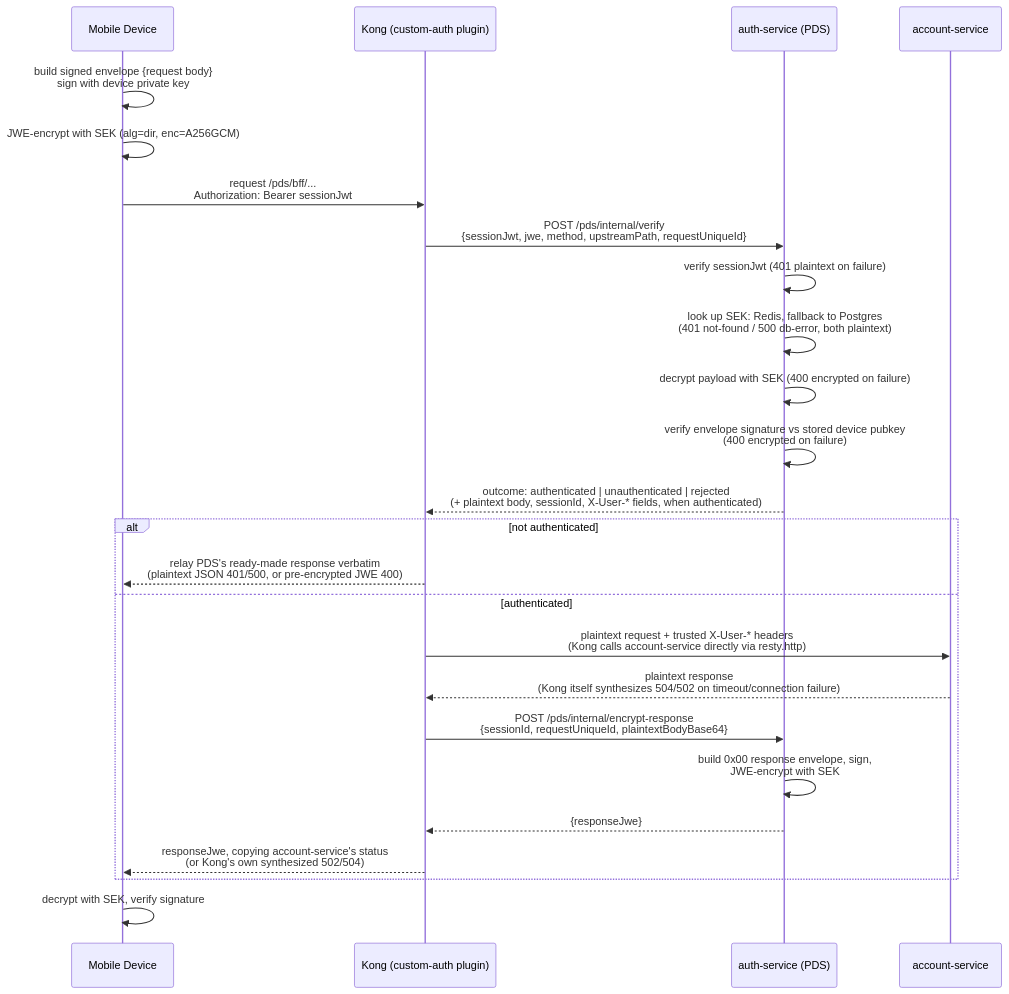
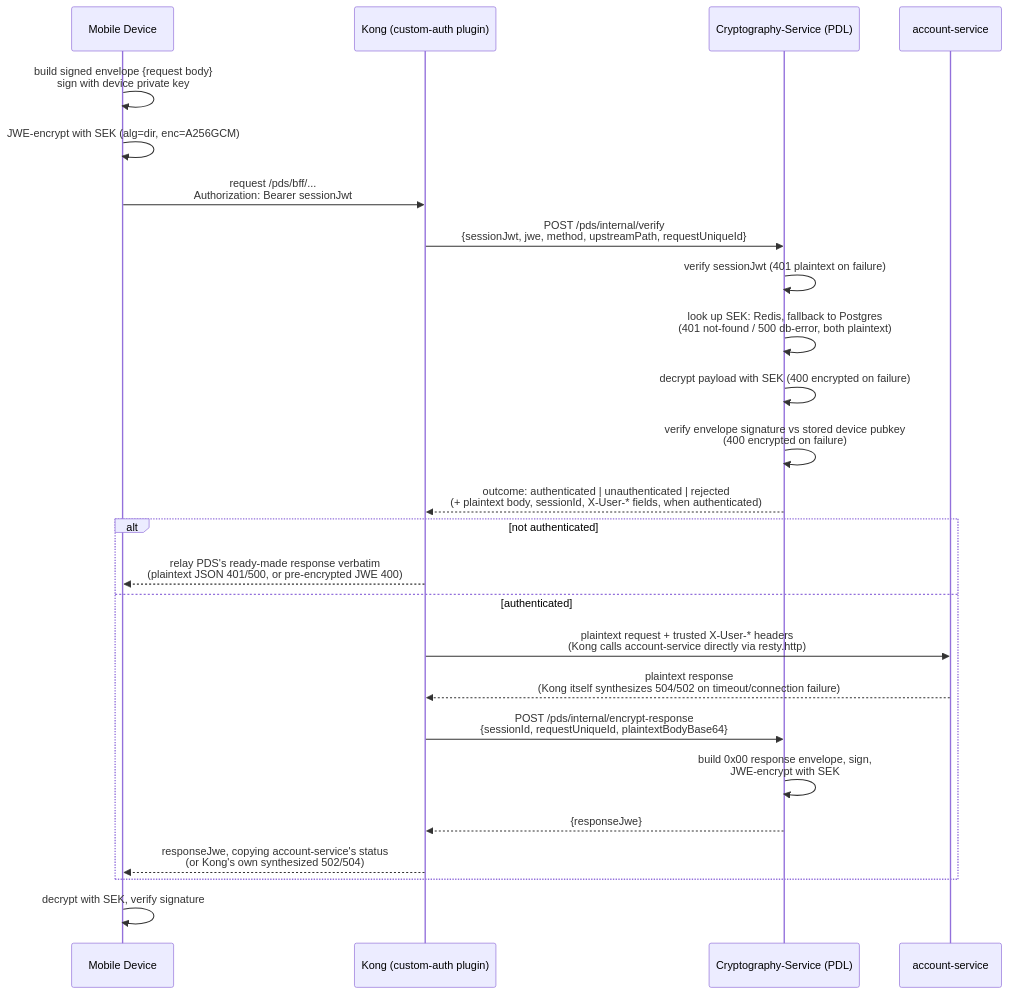
Before and after one commit to PinThapanawat/kong-custom-auth-poc: the second of 3 diagrams in docs/encryption-workflow.md, drawn with Mermaid. The commit also changed other lines of this file and 13 other files, not shown here.

````diff
--- a/docs/encryption-workflow.md
+++ b/docs/encryption-workflow.md
@@ -70,31 +79,31 @@
 ```mermaid
 sequenceDiagram
     participant Device as Mobile Device
     participant Kong as Kong (custom-auth plugin)
-    participant PDS as auth-service (PDS)
+    participant PDS as Cryptography-Service (PDL)
     participant Account as account-service
 
     Device->>Device: build signed envelope {request body}<br/>sign with device private key
     Device->>Device: JWE-encrypt with SEK (alg=dir, enc=A256GCM)
     Device->>Kong: request /pds/bff/...<br/>Authorization: Bearer sessionJwt
 
     Kong->>PDS: POST /pds/internal/verify<br/>{sessionJwt, jwe, method, upstreamPath, requestUniqueId}
     PDS->>PDS: verify sessionJwt (401 plaintext on failure)
     PDS->>PDS: look up SEK: Redis, fallback to Postgres<br/>(401 not-found / 500 db-error, both plaintext)
     PDS->>PDS: decrypt payload with SEK (400 encrypted on failure)
     PDS->>PDS: verify envelope signature vs stored device pubkey<br/>(400 encrypted on failure)
     PDS-->>Kong: outcome: authenticated | unauthenticated | rejected<br/>(+ plaintext body, sessionId, X-User-* fields, when authenticated)
 
     alt not authenticated
         Kong-->>Device: relay PDS's ready-made response verbatim<br/>(plaintext JSON 401/500, or pre-encrypted JWE 400)
     else authenticated
         Kong->>Account: plaintext request + trusted X-User-* headers<br/>(Kong calls account-service directly via resty.http)
         Account-->>Kong: plaintext response<br/>(Kong itself synthesizes 504/502 on timeout/connection failure)
         Kong->>PDS: POST /pds/internal/encrypt-response<br/>{sessionId, requestUniqueId, plaintextBodyBase64}
         PDS->>PDS: build 0x00 response envelope, sign,<br/>JWE-encrypt with SEK
         PDS-->>Kong: {responseJwe}
         Kong-->>Device: responseJwe, copying account-service's status<br/>(or Kong's own synthesized 502/504)
     end
 
     Device->>Device: decrypt with SEK, verify signature
 ```
````
